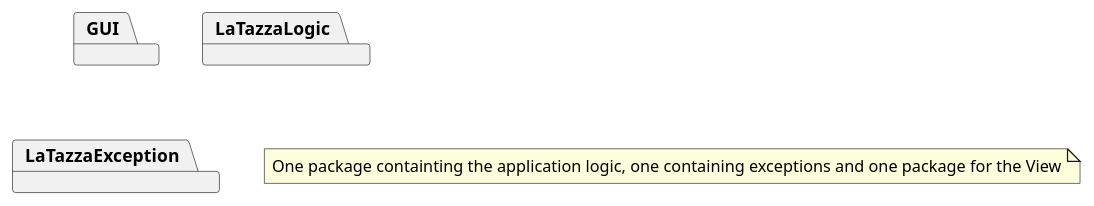
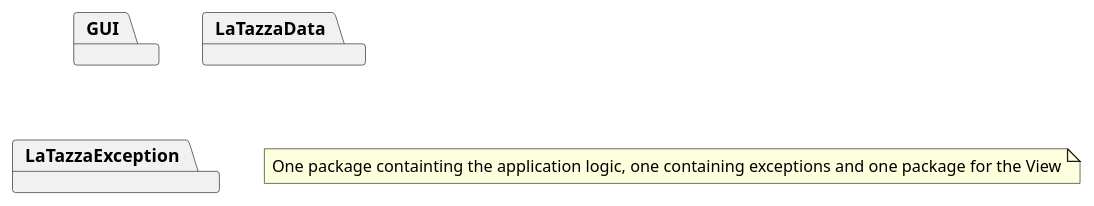
Before and after one commit to SimoneDutto/LaTazza: the first of 3 diagrams in templates/DesignDocumentTemplate.md, drawn with PlantUML. The commit also changed other lines of this file, not shown here.

````diff
--- a/templates/DesignDocumentTemplate.md
+++ b/templates/DesignDocumentTemplate.md
@@ -26,8 +26,8 @@
 ```plantuml
 package GUI 
-package LaTazzaLogic
+package LaTazzaData
 package LaTazzaException
 
 note "One package containting the application logic, one containing exceptions and one package for the View" as n
 
 ```
````
